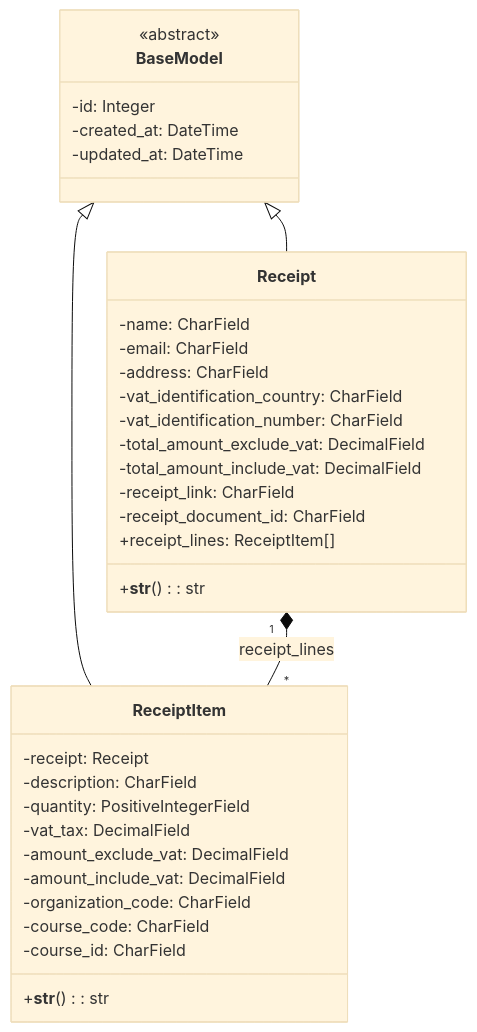
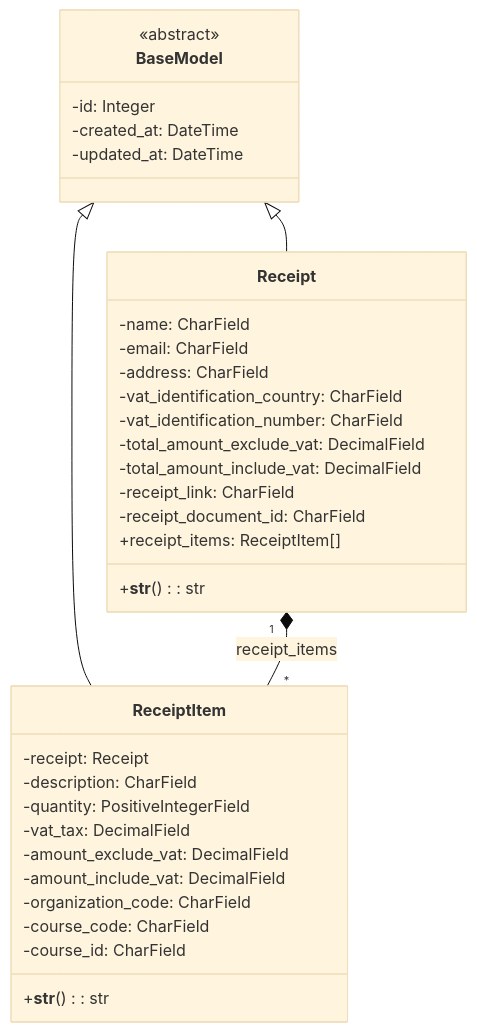
Before and after one commit to fccn/nau-financial-manager: the diagram in core/billing/docs.md, drawn with Mermaid (base theme). The commit also changed 3 other files, not shown here.

````diff
--- a/core/billing/docs.md
+++ b/core/billing/docs.md
@@ -8,37 +8,37 @@
 ```mermaid
 classDiagram
     class BaseModel {
         <<abstract>>
         -id: Integer
         -created_at: DateTime
         -updated_at: DateTime
     }
     class Receipt {
         -name: CharField
         -email: CharField
         -address: CharField
         -vat_identification_country: CharField
         -vat_identification_number: CharField
         -total_amount_exclude_vat: DecimalField
         -total_amount_include_vat: DecimalField
         -receipt_link: CharField
         -receipt_document_id: CharField
-        +receipt_lines: ReceiptItem[]
+        +receipt_items: ReceiptItem[]
         +__str__(): str
     }
     class ReceiptItem {
         -receipt: Receipt
         -description: CharField
         -quantity: PositiveIntegerField
         -vat_tax: DecimalField
         -amount_exclude_vat: DecimalField
         -amount_include_vat: DecimalField
         -organization_code: CharField
         -course_code: CharField
         -course_id: CharField
         +__str__(): str
     }
     BaseModel <|-- Receipt
     BaseModel <|-- ReceiptItem
-    Receipt "1" *-- "*" ReceiptItem : receipt_lines
+    Receipt "1" *-- "*" ReceiptItem : receipt_items
 ```
````
